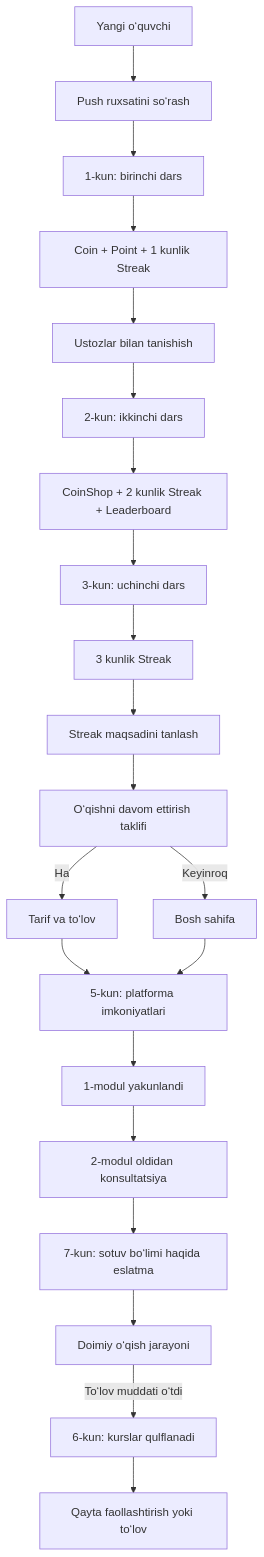
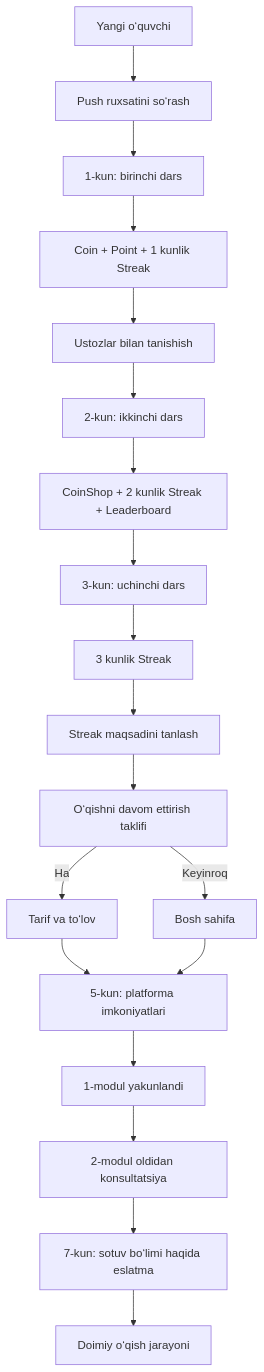
Before and after one commit to azimovamunisa0322-sys/junior-vidjet-maketlar: the diagram in FULL-ONBOARDING-PROCESS.md, drawn with Mermaid. The commit also changed other lines of this file and 3 other files, not shown here.

Commit message:
Remove day 6 onboarding flow

````diff
--- a/FULL-ONBOARDING-PROCESS.md
+++ b/FULL-ONBOARDING-PROCESS.md
@@ -24,23 +23,21 @@
 ```mermaid
 flowchart TD
     A[Yangi o‘quvchi] --> B[Push ruxsatini so‘rash]
     B --> C[1-kun: birinchi dars]
     C --> D[Coin + Point + 1 kunlik Streak]
     D --> E[Ustozlar bilan tanishish]
     E --> F[2-kun: ikkinchi dars]
     F --> G[CoinShop + 2 kunlik Streak + Leaderboard]
     G --> H[3-kun: uchinchi dars]
     H --> I[3 kunlik Streak]
     I --> J[Streak maqsadini tanlash]
     J --> K[O‘qishni davom ettirish taklifi]
     K -->|Ha| L[Tarif va to‘lov]
     K -->|Keyinroq| M[Bosh sahifa]
     L --> N[5-kun: platforma imkoniyatlari]
     M --> N
     N --> O[1-modul yakunlandi]
     O --> P[2-modul oldidan konsultatsiya]
     P --> Q[7-kun: sotuv bo‘limi haqida eslatma]
     Q --> R[Doimiy o‘qish jarayoni]
-    R -->|To‘lov muddati o‘tdi| S[6-kun: kurslar qulflanadi]
-    S --> T[Qayta faollashtirish yoki to‘lov]
 ```
````
